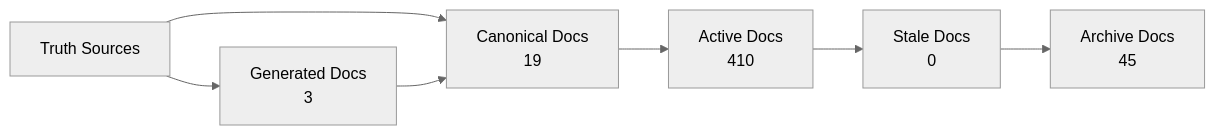
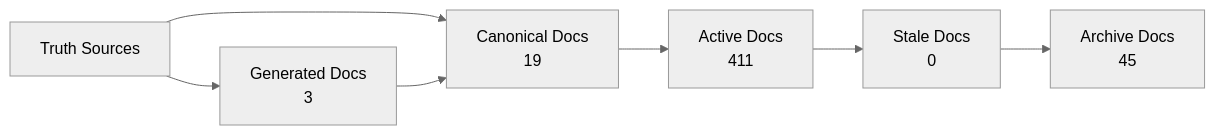
The diagram in docs/_generated/docs-trust-map.md (Latimer-Woods-Tech/Factory), drawn with Mermaid (neutral theme) before and after one commit. The commit also changed other lines of this file and 6 other files, not shown here.

````diff
--- a/docs/_generated/docs-trust-map.md
+++ b/docs/_generated/docs-trust-map.md
@@ -20,14 +20,14 @@
 ```mermaid
 flowchart LR
   truth["Truth Sources"] --> canonical["Canonical Docs"]
   canonical --> active["Active Docs"]
   active --> stale["Stale Docs"]
   stale --> archive["Archive Docs"]
   canonical["Canonical Docs\n19"]
-  active["Active Docs\n410"]
+  active["Active Docs\n411"]
   stale["Stale Docs\n0"]
   archive["Archive Docs\n45"]
   generated["Generated Docs\n3"]
   truth --> generated
   generated --> canonical
 ```
````
